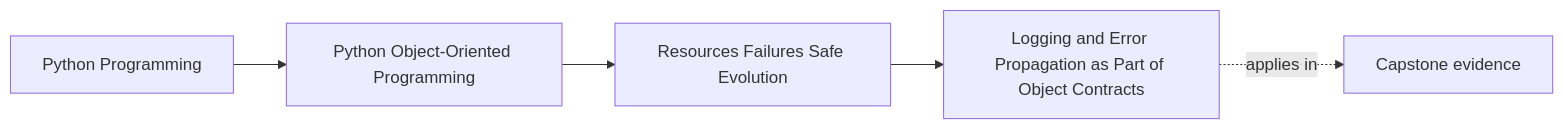
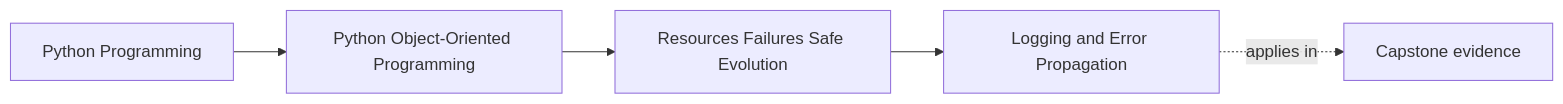
One commit to bijux/bijux-masterclass changed the first of 2 diagrams in programs/python-programming/python-object-oriented-programming/course-book/module-05-resources-failures-safe-evolution/logging-and-error-propagation.md. Above: the diagram before and after it, drawn with Mermaid. The commit also changed other lines of this file, not shown here.

Commit message:
docs(oop): place logging at meaningful boundaries

````diff
--- a/programs/python-programming/python-object-oriented-programming/course-book/module-05-resources-failures-safe-evolution/logging-and-error-propagation.md
+++ b/programs/python-programming/python-object-oriented-programming/course-book/module-05-resources-failures-safe-evolution/logging-and-error-propagation.md
@@ -7,11 +6,11 @@
 ```mermaid
 graph LR
   family["Python Programming"]
   program["Python Object-Oriented Programming"]
   section["Resources Failures Safe Evolution"]
-  page["Logging and Error Propagation as Part of Object Contracts"]
+  page["Logging and Error Propagation"]
   capstone["Capstone evidence"]
 
   family --> program --> section --> page
   page -.applies in.-> capstone
 ```
````
